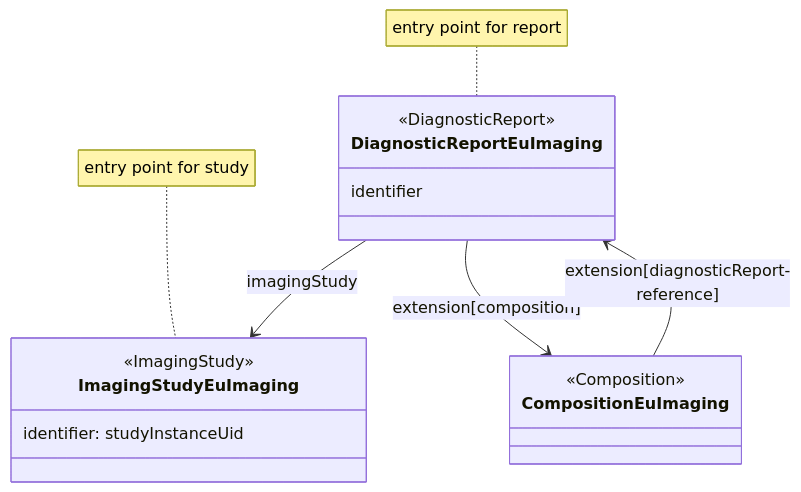
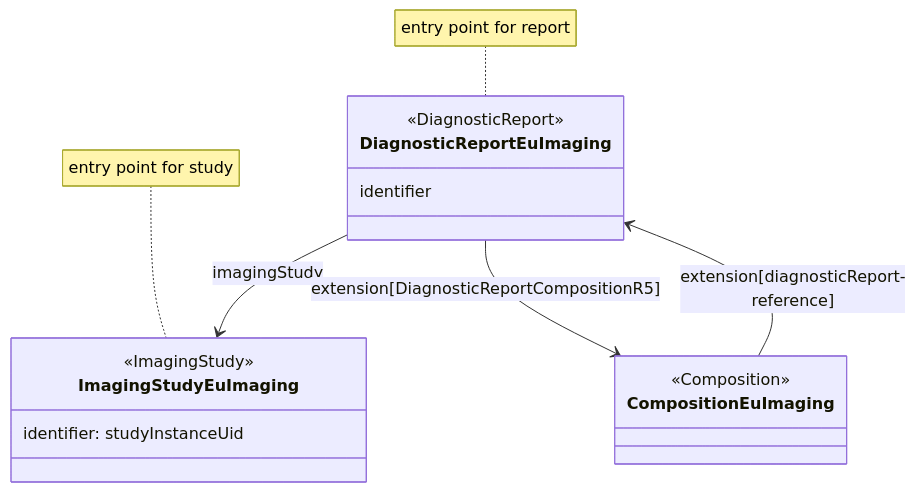
Before and after one commit to hl7-eu/imaging: the second of 2 diagrams in ig-src/input/pagecontent/design-consideration-data-entrypoints.liquid.md, drawn with Mermaid. The commit also changed 6 other files, not shown here.

````diff
--- a/ig-src/input/pagecontent/design-consideration-data-entrypoints.liquid.md
+++ b/ig-src/input/pagecontent/design-consideration-data-entrypoints.liquid.md
@@ -32,19 +32,19 @@
 ```mermaid
 classDiagram
  class ImagingStudyEuImaging{ 
  <<ImagingStudy>> 
  identifier: studyInstanceUid
  }
  class DiagnosticReportEuImaging{ 
  <<DiagnosticReport>> 
  identifier
  }
  class CompositionEuImaging{ <<Composition>>}
  
  DiagnosticReportEuImaging --> ImagingStudyEuImaging: imagingStudy
- DiagnosticReportEuImaging --> CompositionEuImaging: extension[composition]
+ DiagnosticReportEuImaging --> CompositionEuImaging: extension[DiagnosticReportCompositionR5]
  CompositionEuImaging --> DiagnosticReportEuImaging: extension[diagnosticReport-reference]
 
  note for DiagnosticReportEuImaging "entry point for report"
  note for ImagingStudyEuImaging "entry point for study"
 ```
````
